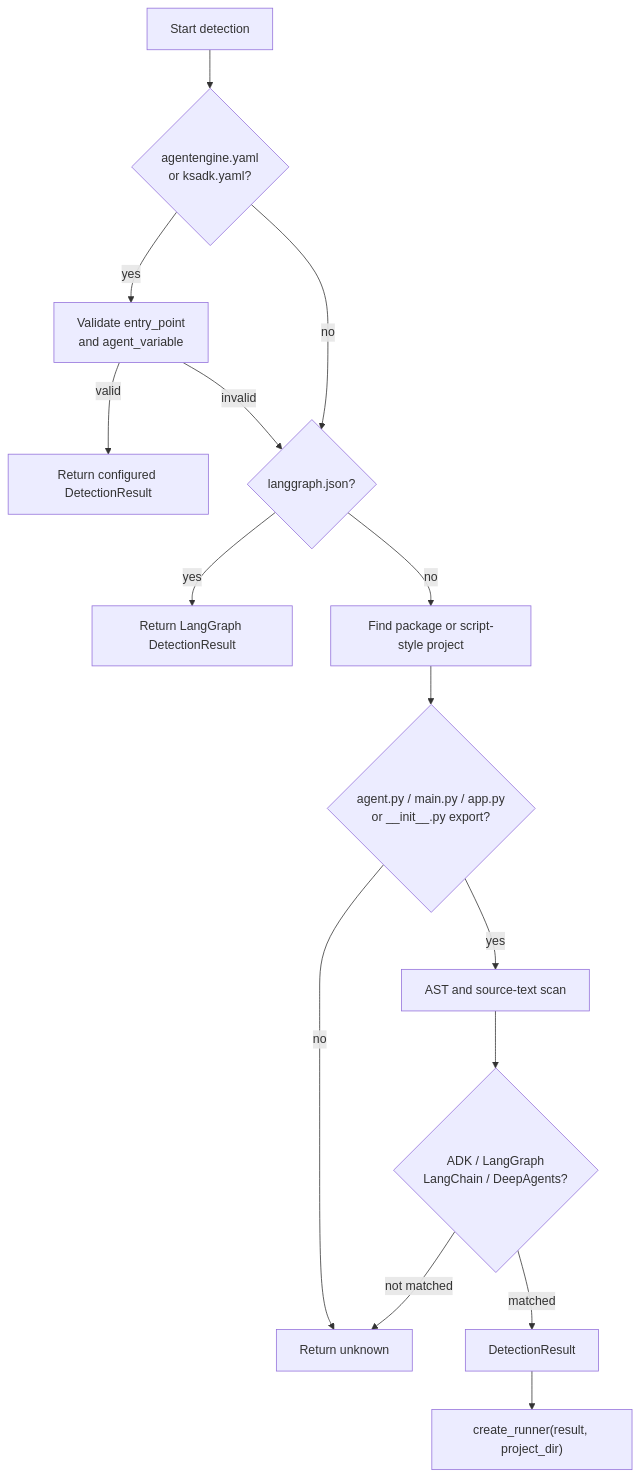
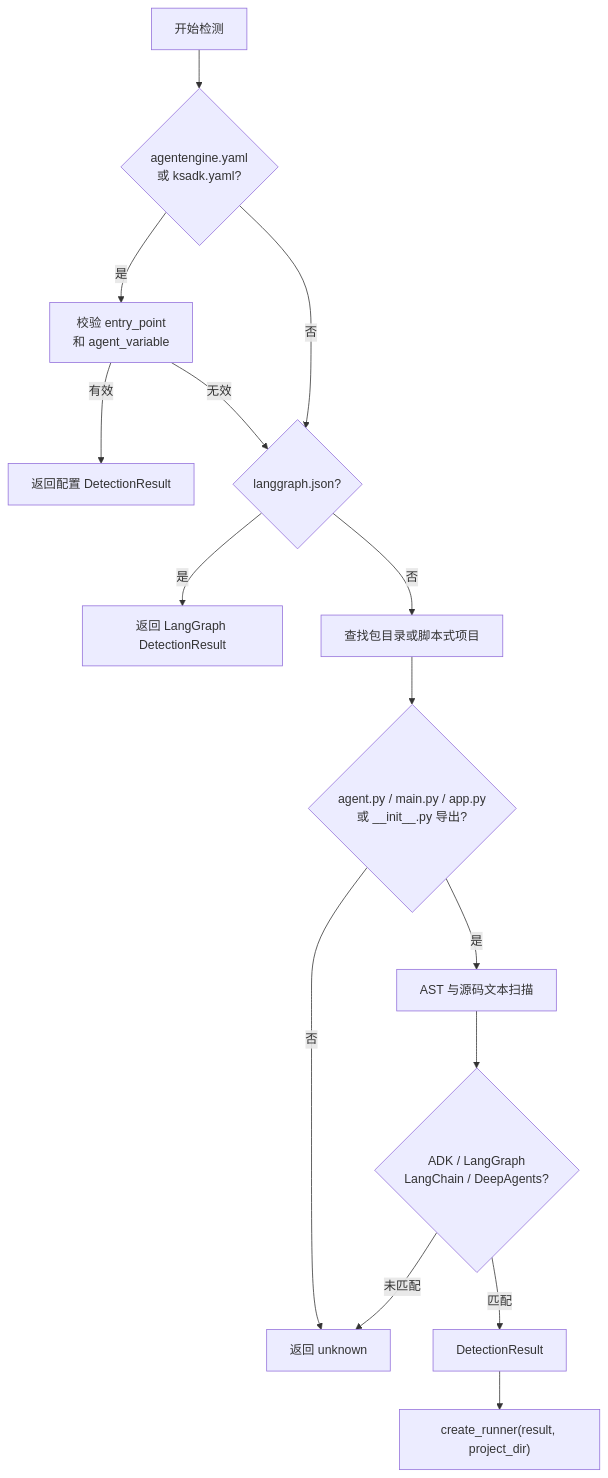
One commit to kingsoftcloud/ksadk-python changed the second of 2 diagrams in public-docs/guides/frameworks.md. Above: the diagram before and after it, drawn with Mermaid. The commit also changed other lines of this file and 107 other files, not shown here.

````diff
--- a/public-docs/guides/frameworks.md
+++ b/public-docs/guides/frameworks.md
@@ -232,17 +180,17 @@
 ```mermaid
 flowchart TD
-  Start["Start detection"] --> Explicit{"agentengine.yaml<br/>or ksadk.yaml?"}
-  Explicit -->|yes| Validate["Validate entry_point<br/>and agent_variable"]
-  Validate -->|valid| ConfigResult["Return configured DetectionResult"]
-  Validate -->|invalid| LangGraphJson{"langgraph.json?"}
-  Explicit -->|no| LangGraphJson
-  LangGraphJson -->|yes| LangGraphResult["Return LangGraph DetectionResult"]
-  LangGraphJson -->|no| Package["Find package or script-style project"]
-  Package --> AgentFile{"agent.py / main.py / app.py<br/>or __init__.py export?"}
-  AgentFile -->|no| Unknown["Return unknown"]
-  AgentFile -->|yes| StaticScan["AST and source-text scan"]
+  Start["开始检测"] --> Explicit{"agentengine.yaml<br/>或 ksadk.yaml?"}
+  Explicit -->|是| Validate["校验 entry_point<br/>和 agent_variable"]
+  Validate -->|有效| ConfigResult["返回配置 DetectionResult"]
+  Validate -->|无效| LangGraphJson{"langgraph.json?"}
+  Explicit -->|否| LangGraphJson
+  LangGraphJson -->|是| LangGraphResult["返回 LangGraph DetectionResult"]
+  LangGraphJson -->|否| Package["查找包目录或脚本式项目"]
+  Package --> AgentFile{"agent.py / main.py / app.py<br/>或 __init__.py 导出?"}
+  AgentFile -->|否| Unknown["返回 unknown"]
+  AgentFile -->|是| StaticScan["AST 与源码文本扫描"]
   StaticScan --> Kind{"ADK / LangGraph<br/>LangChain / DeepAgents?"}
-  Kind -->|matched| Result["DetectionResult"]
-  Kind -->|not matched| Unknown
+  Kind -->|匹配| Result["DetectionResult"]
+  Kind -->|未匹配| Unknown
   Result --> Factory["create_runner(result, project_dir)"]
 ```
````
